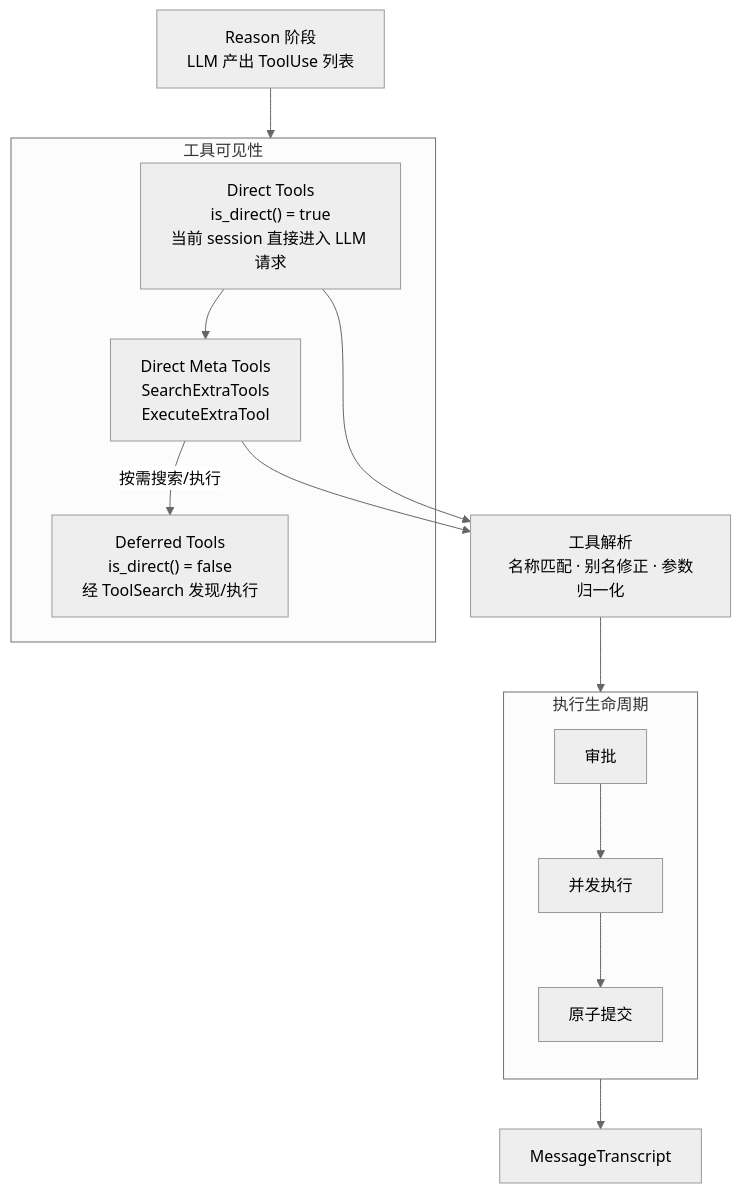
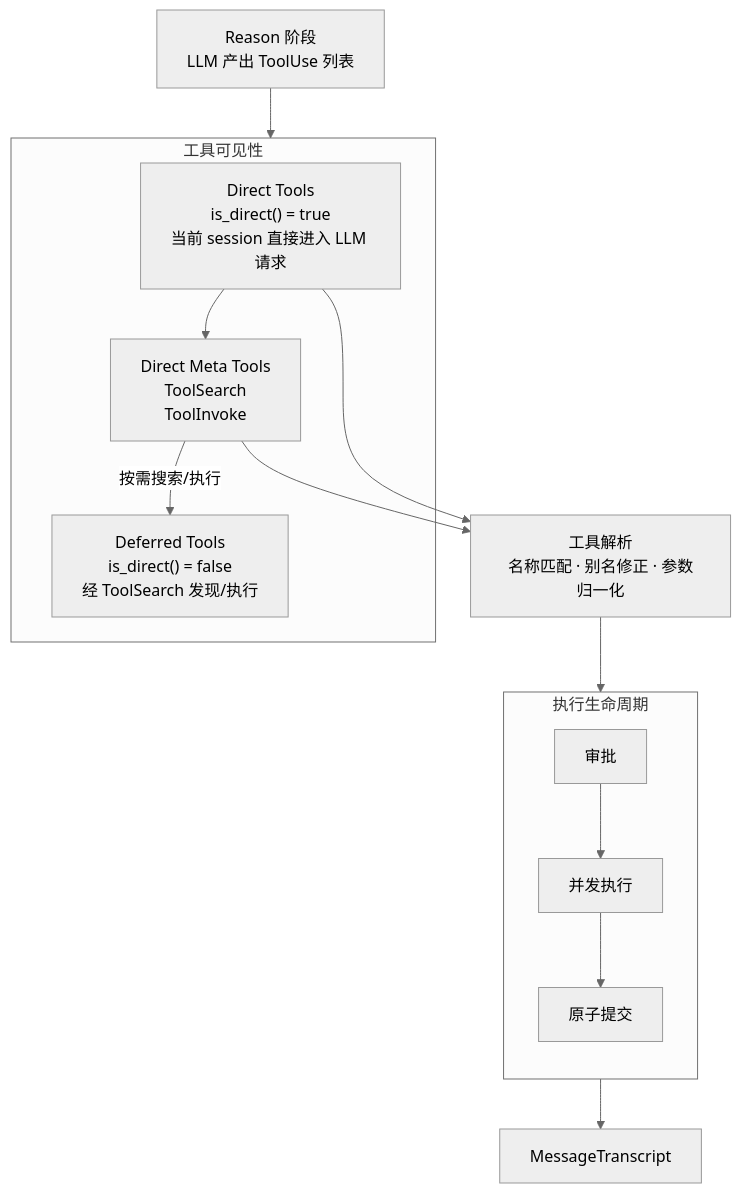
One commit to KonghaYao/peri changed the diagram in docs/design/tool-system.md. Above: the diagram before and after it, drawn with Mermaid (neutral theme). The commit also changed other lines of this file and 68 other files, not shown here.

````diff
--- a/docs/design/tool-system.md
+++ b/docs/design/tool-system.md
@@ -20,30 +20,30 @@
 ```mermaid
 graph TB
     REASON["Reason 阶段<br/>LLM 产出 ToolUse 列表"]
 
     REASON --> LAYER
 
     subgraph LAYER["工具可见性"]
         DIRECT["Direct Tools<br/>is_direct() = true<br/>当前 session 直接进入 LLM 请求"]
-        META["Direct Meta Tools<br/>SearchExtraTools<br/>ExecuteExtraTool"]
+        META["Direct Meta Tools<br/>ToolSearch<br/>ToolInvoke"]
         DEFER["Deferred Tools<br/>is_direct() = false<br/>经 ToolSearch 发现/执行"]
 
         DIRECT --> META
         META -->|"按需搜索/执行"| DEFER
     end
 
     DIRECT & META --> RESOLVE["工具解析<br/>名称匹配 · 别名修正 · 参数归一化"]
 
     RESOLVE --> LIFECYCLE
 
     subgraph LIFECYCLE["执行生命周期"]
         direction TB
         APPROVE["审批"]
         EXEC["并发执行"]
         COMMIT["原子提交"]
     end
 
     APPROVE --> EXEC --> COMMIT
 
     COMMIT --> TRANSCRIPT["MessageTranscript"]
 ```
````
